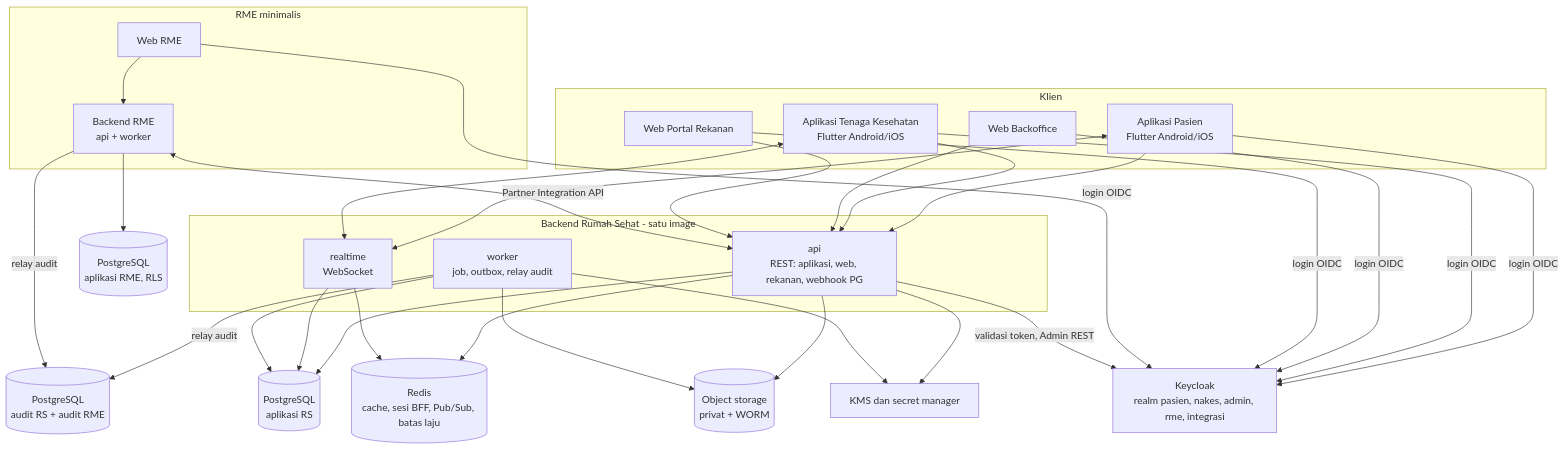
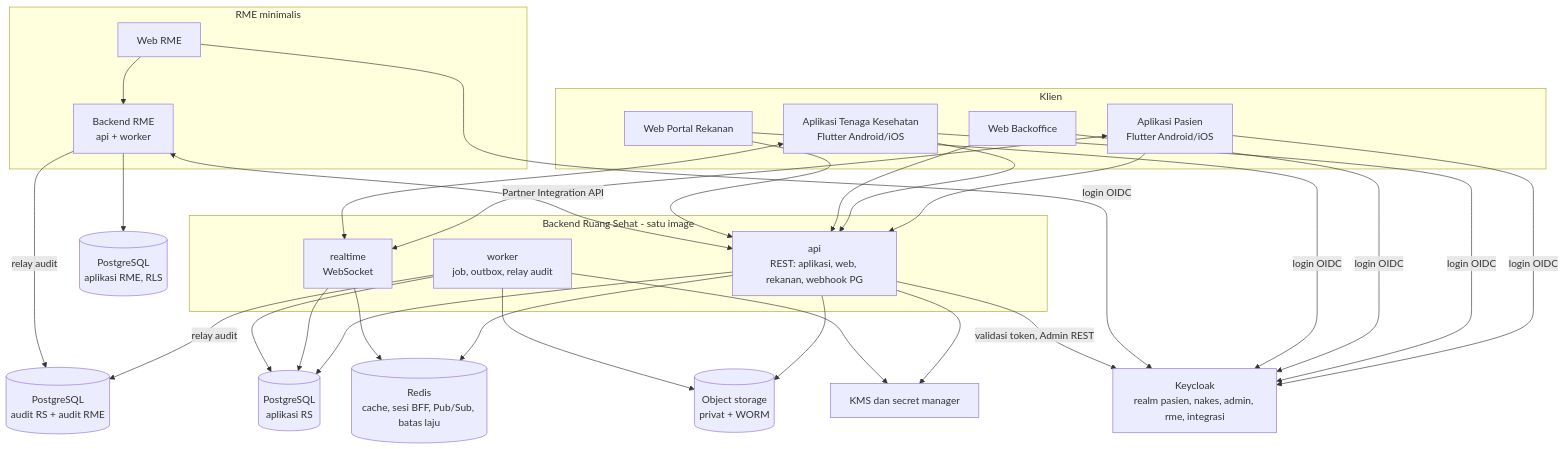
Before and after one commit to yuliandryfm/Rumah-Sehat: the second of 7 diagrams in docs/04-arsitektur.md, drawn with Mermaid. The commit also changed other lines of this file and 57 other files, not shown here.

First line of the commit message:
CR-016: nama aplikasi menjadi "Ruang Sehat"

````diff
--- a/docs/04-arsitektur.md
+++ b/docs/04-arsitektur.md
@@ -91,40 +91,40 @@
 ```mermaid
 flowchart TB
   subgraph Klien
     AP[Aplikasi Pasien<br/>Flutter Android/iOS]
     AN[Aplikasi Tenaga Kesehatan<br/>Flutter Android/iOS]
     BO[Web Backoffice]
     PR[Web Portal Rekanan]
   end
-  subgraph RSB[Backend Rumah Sehat - satu image]
+  subgraph RSB[Backend Ruang Sehat - satu image]
     API[api<br/>REST: aplikasi, web, rekanan, webhook PG]
     RT[realtime<br/>WebSocket]
     WK[worker<br/>job, outbox, relay audit]
   end
   DBRS[(PostgreSQL<br/>aplikasi RS)]
   DBA[(PostgreSQL<br/>audit RS + audit RME)]
   OS[(Object storage<br/>privat + WORM)]
   KMS[KMS dan secret manager]
   KC[Keycloak<br/>realm pasien, nakes, admin, rme, integrasi]
   RD[(Redis<br/>cache, sesi BFF, Pub/Sub, batas laju)]
   subgraph RMES[RME minimalis]
     RW[Web RME]
     RB[Backend RME<br/>api + worker]
   end
   DBRME[(PostgreSQL<br/>aplikasi RME, RLS)]
 
   AP & AN --> API
   AP & AN <--> RT
   BO & PR --> API
   API & RT & WK --> DBRS
   WK -->|relay audit| DBA
   API & WK --> OS
   API & WK --> KMS
   AP & AN & BO & PR -->|login OIDC| KC
   RW -->|login OIDC| KC
   API & RT --> RD
   API -->|validasi token, Admin REST| KC
   RW --> RB --> DBRME
   RB -->|relay audit| DBA
   RB <-->|Partner Integration API| API
 ```
````
